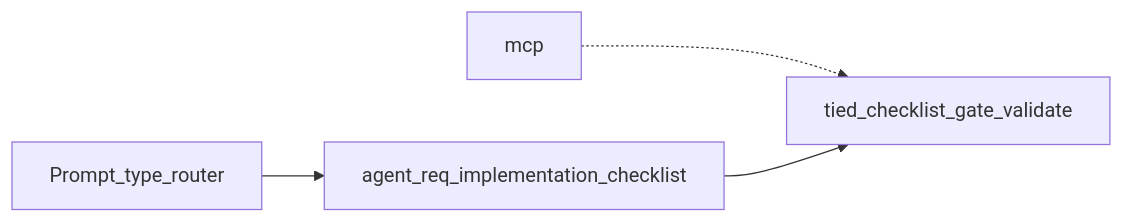
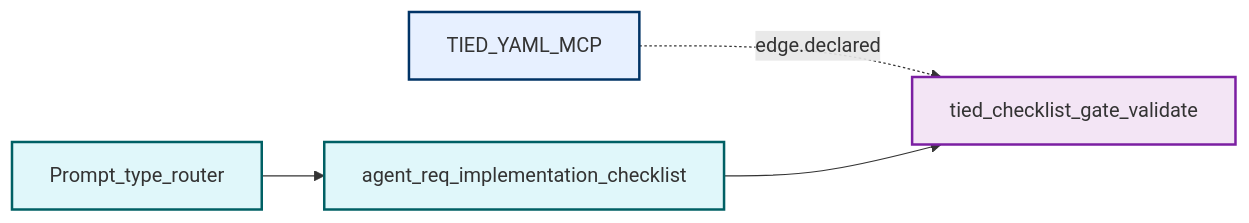
One commit to fareedst/tied changed diagram 12 of 14 in docs/stdd-workflows.md. Above: the diagram before and after it, drawn with Mermaid. The commit also changed other lines of this file and 18 other files, not shown here.

First line of the commit message:
Add STDD vocab visual encoding registry and term color index.

````diff
--- a/docs/stdd-workflows.md
+++ b/docs/stdd-workflows.md
@@ -256,9 +295,13 @@
 ```mermaid
 flowchart LR
-  prompt[Prompt_type_router]
-  checklist[agent_req_implementation_checklist]
-  gates[tied_checklist_gate_validate]
-  mcp -.-> gates
+  %% palette: docs/visual-encoding-standards.md
+  classDef domAgentSurface fill:#e0f7fa,stroke:#006064,stroke-width:2px
+  classDef domEvidenceAssurance fill:#f3e5f5,stroke:#7b1fa2,stroke-width:2px
+  classDef domTiedCorpus fill:#e7f0ff,stroke:#003366,stroke-width:2px
+  prompt[Prompt_type_router]:::domAgentSurface
+  checklist[agent_req_implementation_checklist]:::domAgentSurface
+  gates[tied_checklist_gate_validate]:::domEvidenceAssurance
+  mcp[TIED_YAML_MCP]:::domTiedCorpus -.->|edge.declared| gates
   prompt --> checklist
   checklist --> gates
 ```
````
